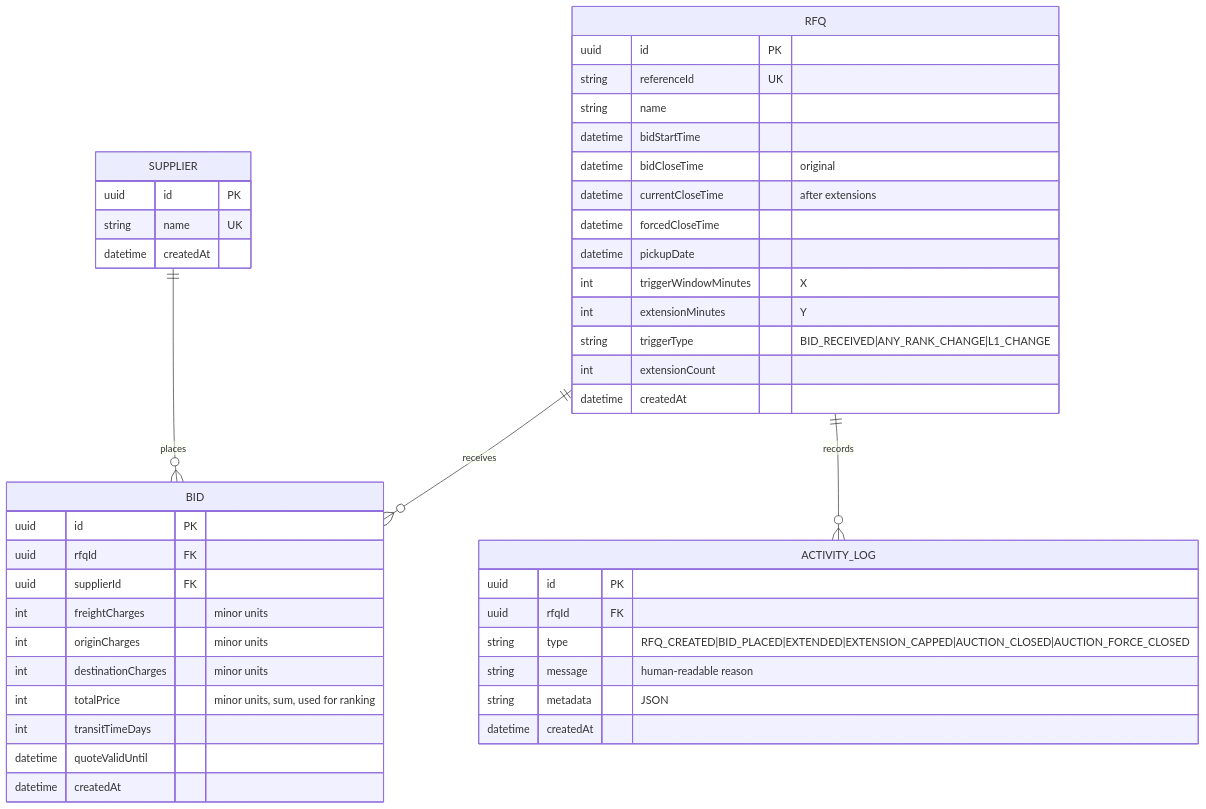
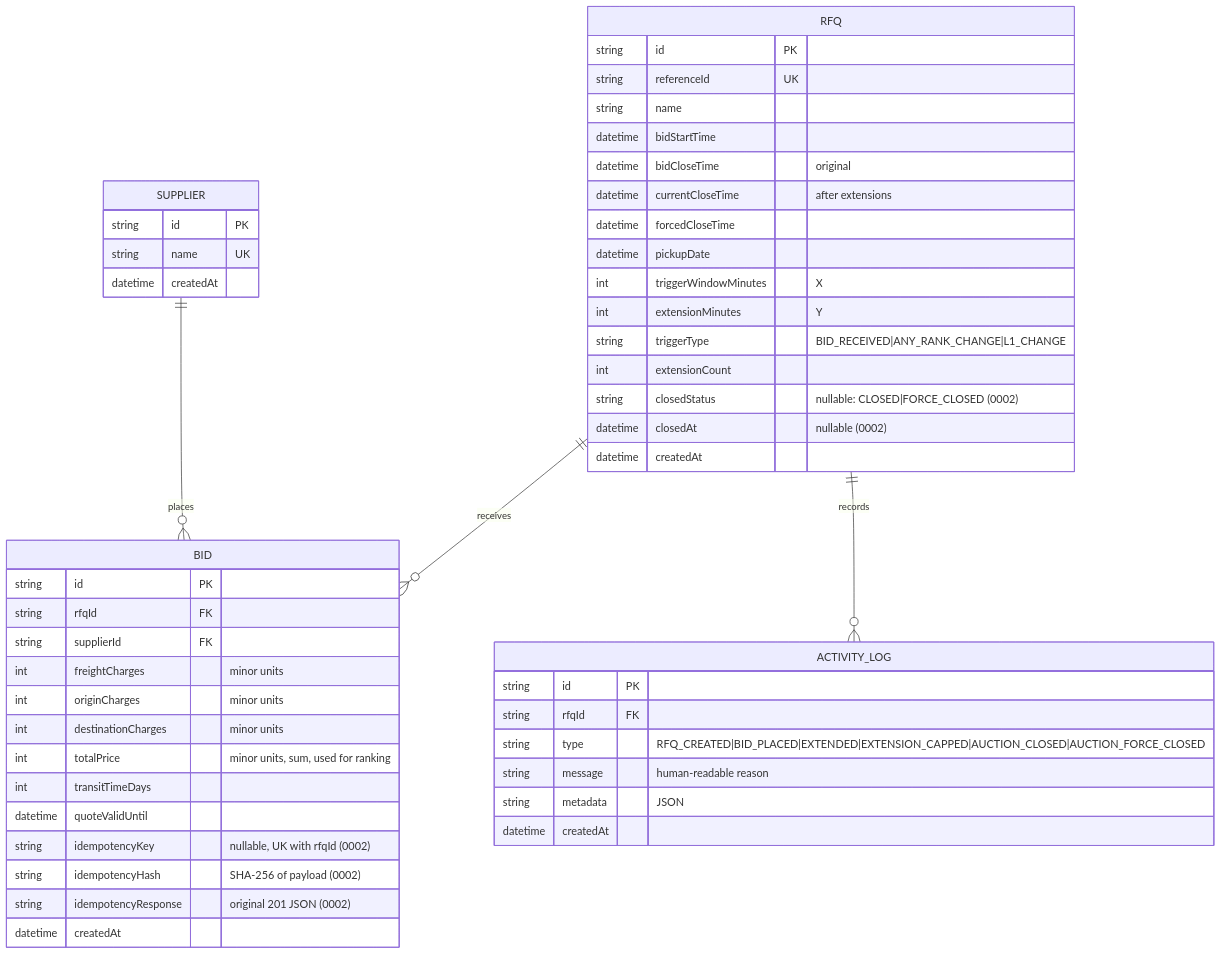
One commit to Vyoum/gocomet_british changed the diagram in docs/SCHEMA.md. Above: the diagram before and after it, drawn with Mermaid. The commit also changed other lines of this file and 12 other files, not shown here.

Commit message:
Docs: architecture diagram, DESIGN.md, schema updates, live screenshots

````diff
--- a/docs/SCHEMA.md
+++ b/docs/SCHEMA.md
@@ -5,46 +5,51 @@
 ```mermaid
 erDiagram
   SUPPLIER ||--o{ BID : places
   RFQ ||--o{ BID : receives
   RFQ ||--o{ ACTIVITY_LOG : records
   SUPPLIER {
-    uuid id PK
+    string id PK
     string name UK
     datetime createdAt
   }
   RFQ {
-    uuid id PK
+    string id PK
     string referenceId UK
     string name
     datetime bidStartTime
     datetime bidCloseTime "original"
     datetime currentCloseTime "after extensions"
     datetime forcedCloseTime
     datetime pickupDate
     int triggerWindowMinutes "X"
     int extensionMinutes "Y"
     string triggerType "BID_RECEIVED|ANY_RANK_CHANGE|L1_CHANGE"
     int extensionCount
+    string closedStatus "nullable: CLOSED|FORCE_CLOSED (0002)"
+    datetime closedAt "nullable (0002)"
     datetime createdAt
   }
   BID {
-    uuid id PK
-    uuid rfqId FK
-    uuid supplierId FK
+    string id PK
+    string rfqId FK
+    string supplierId FK
     int freightCharges "minor units"
     int originCharges "minor units"
     int destinationCharges "minor units"
     int totalPrice "minor units, sum, used for ranking"
     int transitTimeDays
     datetime quoteValidUntil
+    string idempotencyKey "nullable, UK with rfqId (0002)"
+    string idempotencyHash "SHA-256 of payload (0002)"
+    string idempotencyResponse "original 201 JSON (0002)"
     datetime createdAt
   }
   ACTIVITY_LOG {
-    uuid id PK
-    uuid rfqId FK
+    string id PK
+    string rfqId FK
     string type "RFQ_CREATED|BID_PLACED|EXTENDED|EXTENSION_CAPPED|AUCTION_CLOSED|AUCTION_FORCE_CLOSED"
     string message "human-readable reason"
     string metadata "JSON"
     datetime createdAt
   }
 ```
````
